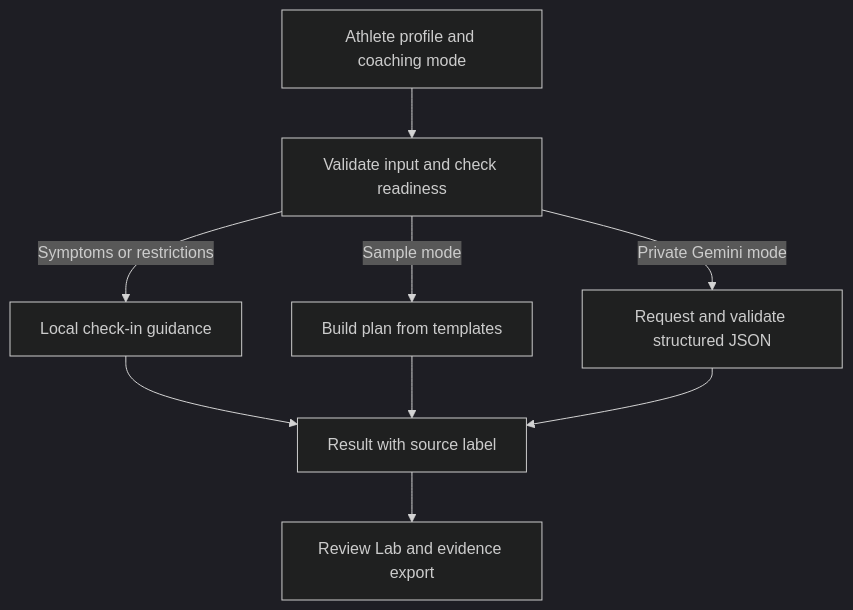
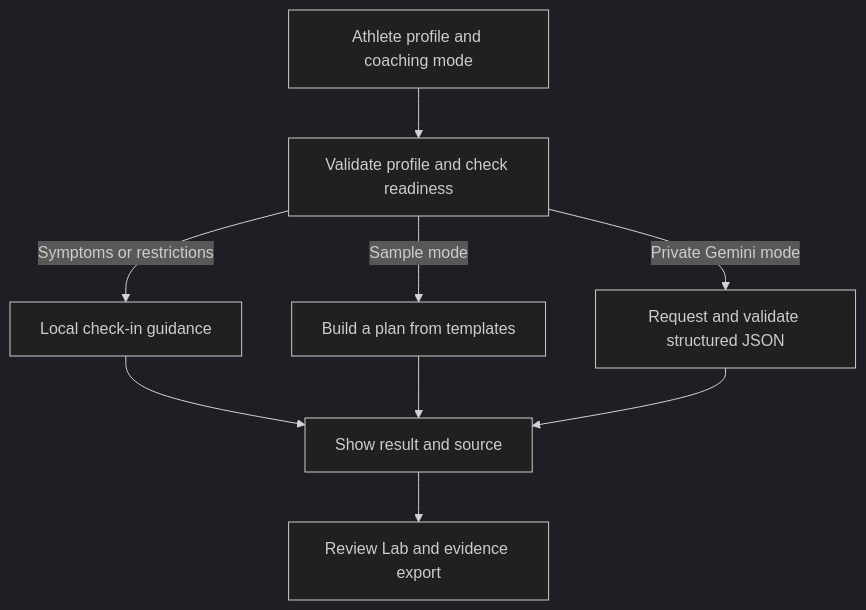
Before and after one commit to sritharan-blip/IDAI103-100526-CoachBotAI: the diagram in README.md, drawn with Mermaid (dark theme). The commit also changed other lines of this file and 9 other files, not shown here.

````diff
--- a/README.md
+++ b/README.md
@@ -69,11 +56,11 @@
 ```mermaid
 flowchart TD
-  profile["Athlete profile and coaching mode"] --> validate["Validate input and check readiness"]
-  validate -->|"Symptoms or restrictions"| safety["Local check-in guidance"]
-  validate -->|"Sample mode"| sample["Build plan from templates"]
-  validate -->|"Private Gemini mode"| live["Request and validate structured JSON"]
-  safety --> result["Result with source label"]
+  profile["Athlete profile and coaching mode"] --> check["Validate profile and check readiness"]
+  check -->|"Symptoms or restrictions"| safety["Local check-in guidance"]
+  check -->|"Sample mode"| sample["Build a plan from templates"]
+  check -->|"Private Gemini mode"| gemini["Request and validate structured JSON"]
+  safety --> result["Show result and source"]
   sample --> result
-  live --> result
+  gemini --> result
   result --> review["Review Lab and evidence export"]
 ```
````
